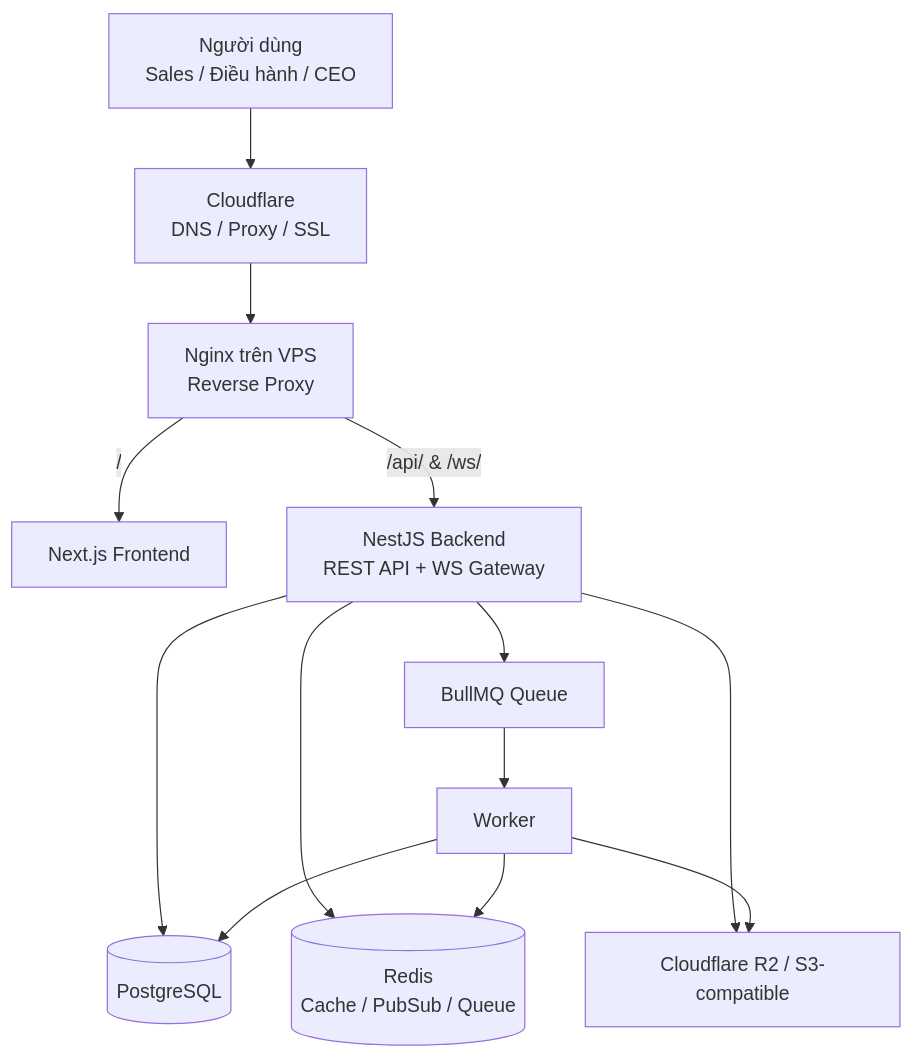
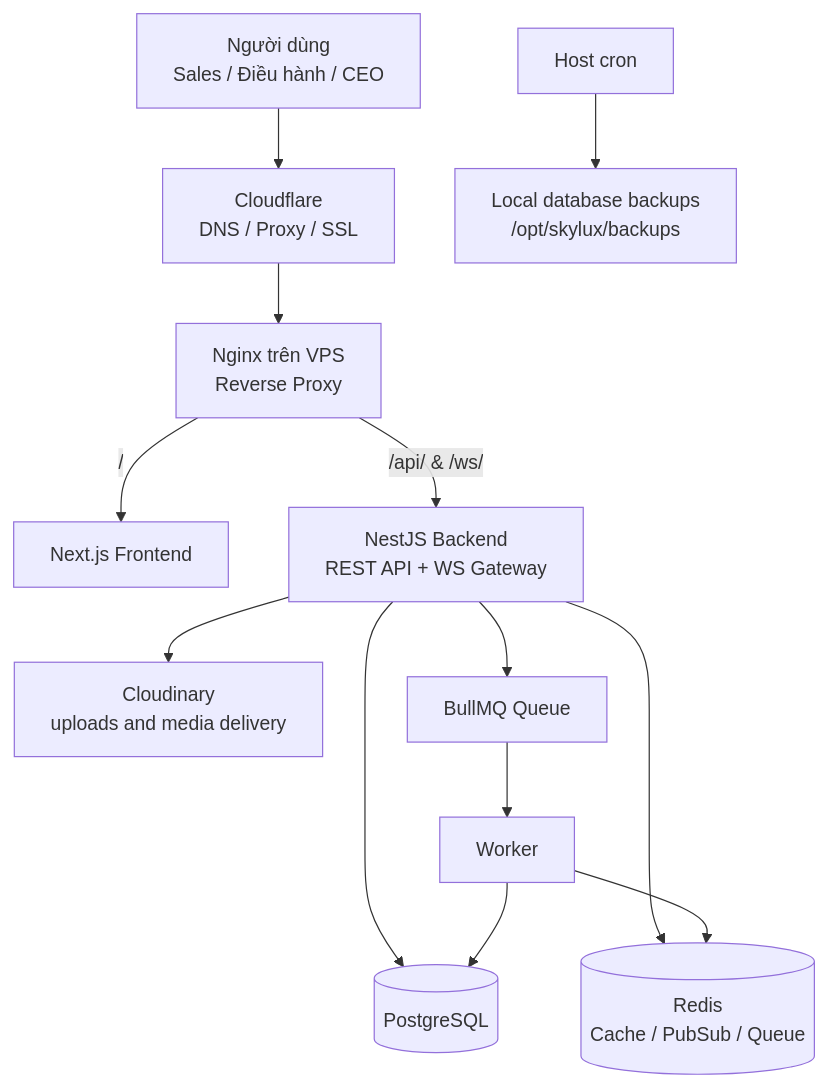
The first of 3 diagrams in docs/architecture/README.md (vo-huy-hoang/Sky-Lux-Business), drawn with Mermaid before and after one commit. The commit also changed other lines of this file and 22 other files, not shown here.

Commit message:
feat: implement storage service with Cloudinary support and local fallback

````diff
--- a/docs/architecture/README.md
+++ b/docs/architecture/README.md
@@ -20,17 +20,17 @@
 ```mermaid
 flowchart TD
     U[Người dùng<br/>Sales / Điều hành / CEO] --> CF[Cloudflare<br/>DNS / Proxy / SSL]
     CF --> N[Nginx trên VPS<br/>Reverse Proxy]
 
     N -->|/| FE[Next.js Frontend]
     N -->|/api/ & /ws/| BE[NestJS Backend<br/>REST API + WS Gateway]
 
     BE --> PG[(PostgreSQL)]
     BE --> R[(Redis<br/>Cache / PubSub / Queue)]
-    BE --> OS[Cloudflare R2 / S3-compatible]
+    BE --> OS[Cloudinary<br/>uploads and media delivery]
     BE --> Q[BullMQ Queue]
     W[Worker] --> PG
     Q --> W
     W --> R
-    W --> OS
+    HOST[Host cron] --> BK[Local database backups<br/>/opt/skylux/backups]
 ```
````
